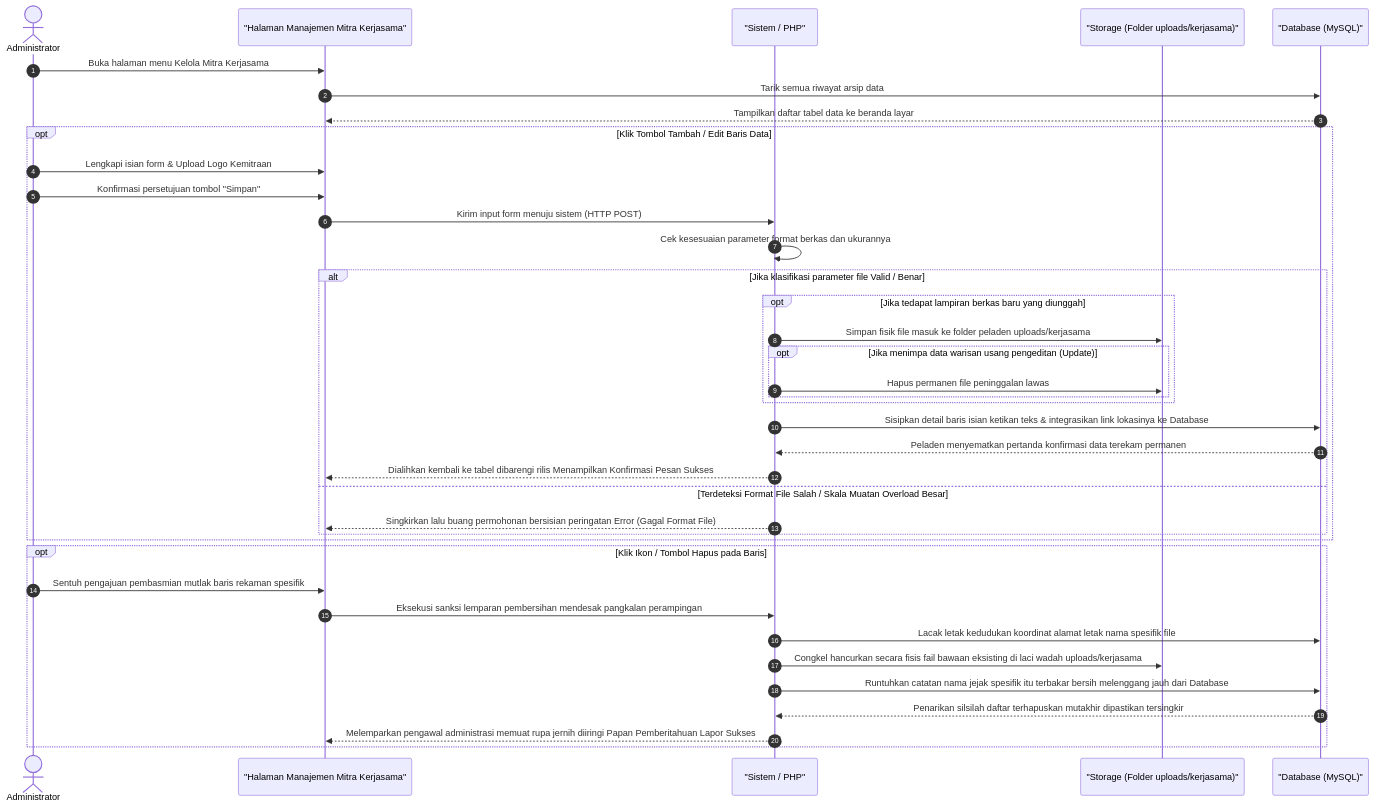
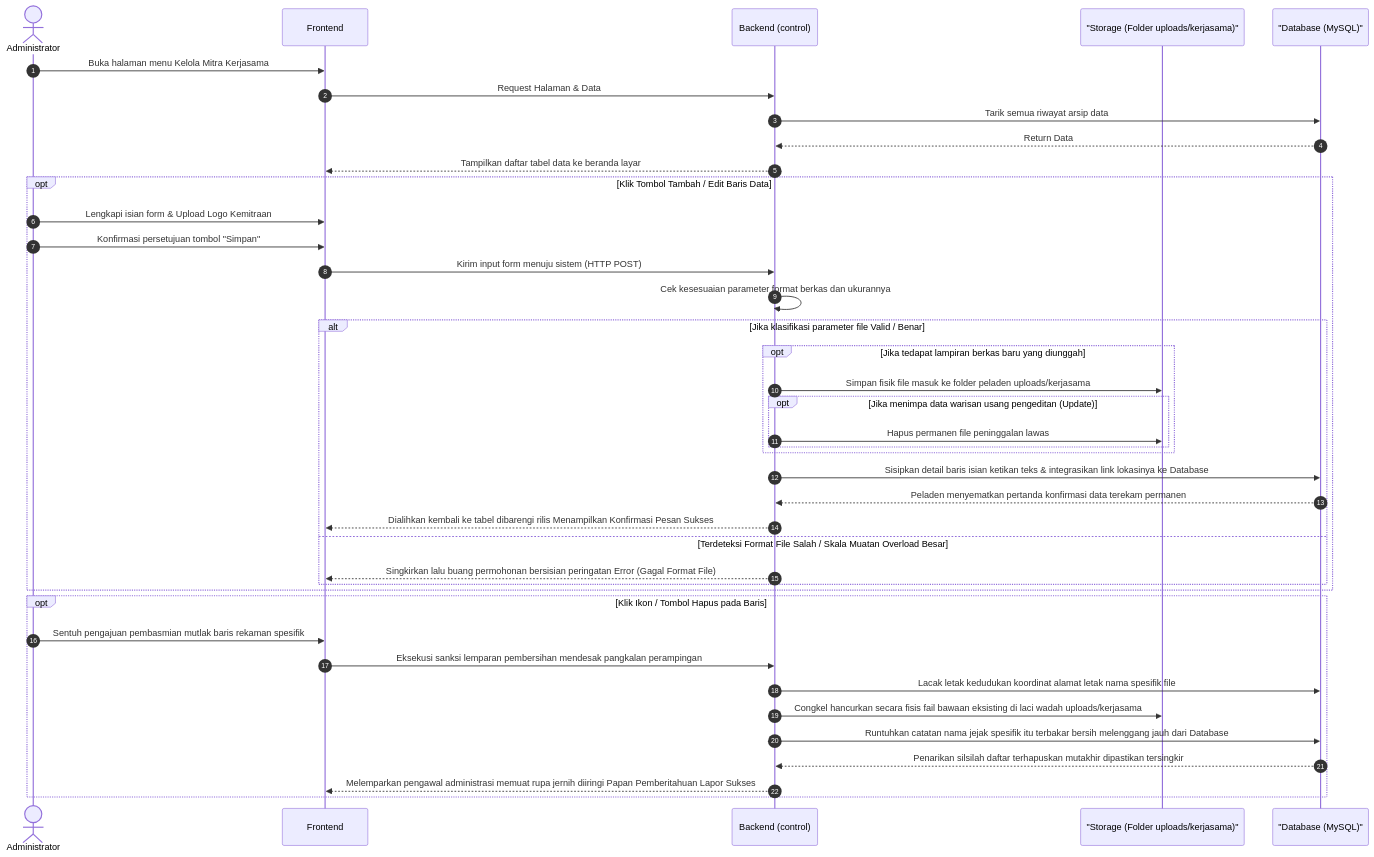
The ninth of 17 diagrams in docs/kumpulan_sequence_backend.md (arbain-dev/Web_fikom), drawn with Mermaid before and after one commit. The commit also changed other lines of this file and 1 other file, not shown here.

Commit message:
docs: standardisasi arsitektur 3 tier (Frontend, Backend, DB) pada seluruh sequence diagram backend

````diff
--- a/docs/kumpulan_sequence_backend.md
+++ b/docs/kumpulan_sequence_backend.md
@@ -380,48 +394,50 @@
 ```mermaid
 sequenceDiagram
     autonumber
     actor Admin as Administrator
-    participant View as "Halaman Manajemen Mitra Kerjasama"
-    participant System as "Sistem / PHP"
+    participant Frontend
+    participant Backend as Backend (control)
     participant Server as "Storage (Folder uploads/kerjasama)"
     participant DB as "Database (MySQL)"
 
-    Admin->>View: Buka halaman menu Kelola Mitra Kerjasama
-    View->>DB: Tarik semua riwayat arsip data
-    DB-->>View: Tampilkan daftar tabel data ke beranda layar
+    Admin->>Frontend: Buka halaman menu Kelola Mitra Kerjasama
+    Frontend->>Backend: Request Halaman & Data
+    Backend->>DB: Tarik semua riwayat arsip data
+    DB-->>Backend: Return Data
+    Backend-->>Frontend: Tampilkan daftar tabel data ke beranda layar
 
     %% Proses Tambah / Edit
     opt Klik Tombol Tambah / Edit Baris Data
-        Admin->>View: Lengkapi isian form & Upload Logo Kemitraan
-        Admin->>View: Konfirmasi persetujuan tombol "Simpan"
-        View->>System: Kirim input form menuju sistem (HTTP POST)
+        Admin->>Frontend: Lengkapi isian form & Upload Logo Kemitraan
+        Admin->>Frontend: Konfirmasi persetujuan tombol "Simpan"
+        Frontend->>Backend: Kirim input form menuju sistem (HTTP POST)
 
-        System->>System: Cek kesesuaian parameter format berkas dan ukurannya
+        Backend->>Backend: Cek kesesuaian parameter format berkas dan ukurannya
         
         alt Jika klasifikasi parameter file Valid / Benar
             opt Jika tedapat lampiran berkas baru yang diunggah
-                System->>Server: Simpan fisik file masuk ke folder peladen uploads/kerjasama
+                Backend->>Server: Simpan fisik file masuk ke folder peladen uploads/kerjasama
                 opt Jika menimpa data warisan usang pengeditan (Update)
-                    System->>Server: Hapus permanen file peninggalan lawas
+                    Backend->>Server: Hapus permanen file peninggalan lawas
                 end
             end
             
-            System->>DB: Sisipkan detail baris isian ketikan teks & integrasikan link lokasinya ke Database
-            DB-->>System: Peladen menyematkan pertanda konfirmasi data terekam permanen
-            System-->>View: Dialihkan kembali ke tabel dibarengi rilis Menampilkan Konfirmasi Pesan Sukses
+            Backend->>DB: Sisipkan detail baris isian ketikan teks & integrasikan link lokasinya ke Database
+            DB-->>Backend: Peladen menyematkan pertanda konfirmasi data terekam permanen
+            Backend-->>Frontend: Dialihkan kembali ke tabel dibarengi rilis Menampilkan Konfirmasi Pesan Sukses
         else Terdeteksi Format File Salah / Skala Muatan Overload Besar
-            System-->>View: Singkirkan lalu buang permohonan bersisian peringatan Error (Gagal Format File)
+            Backend-->>Frontend: Singkirkan lalu buang permohonan bersisian peringatan Error (Gagal Format File)
         end
     end
 
     %% Proses Hapus
     opt Klik Ikon / Tombol Hapus pada Baris
-        Admin->>View: Sentuh pengajuan pembasmian mutlak baris rekaman spesifik
-        View->>System: Eksekusi sanksi lemparan pembersihan mendesak pangkalan perampingan
-        System->>DB: Lacak letak kedudukan koordinat alamat letak nama spesifik file 
-        System->>Server: Congkel hancurkan secara fisis fail bawaan eksisting di laci wadah uploads/kerjasama
-        System->>DB: Runtuhkan catatan nama jejak spesifik itu terbakar bersih melenggang jauh dari Database
-        DB-->>System: Penarikan silsilah daftar terhapuskan mutakhir dipastikan tersingkir
-        System-->>View: Melemparkan pengawal administrasi memuat rupa jernih diiringi Papan Pemberitahuan Lapor Sukses 
+        Admin->>Frontend: Sentuh pengajuan pembasmian mutlak baris rekaman spesifik
+        Frontend->>Backend: Eksekusi sanksi lemparan pembersihan mendesak pangkalan perampingan
+        Backend->>DB: Lacak letak kedudukan koordinat alamat letak nama spesifik file 
+        Backend->>Server: Congkel hancurkan secara fisis fail bawaan eksisting di laci wadah uploads/kerjasama
+        Backend->>DB: Runtuhkan catatan nama jejak spesifik itu terbakar bersih melenggang jauh dari Database
+        DB-->>Backend: Penarikan silsilah daftar terhapuskan mutakhir dipastikan tersingkir
+        Backend-->>Frontend: Melemparkan pengawal administrasi memuat rupa jernih diiringi Papan Pemberitahuan Lapor Sukses 
     end
 ```
````
